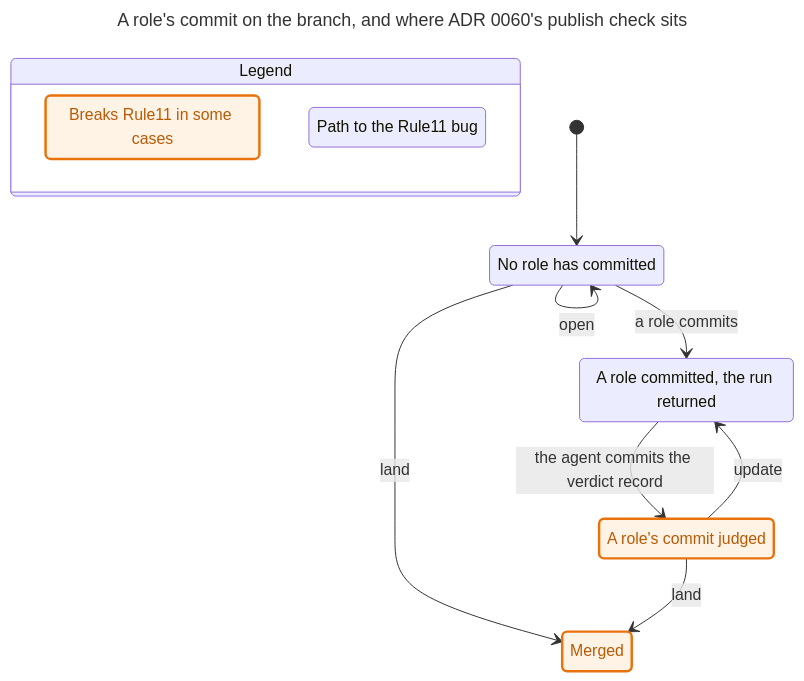
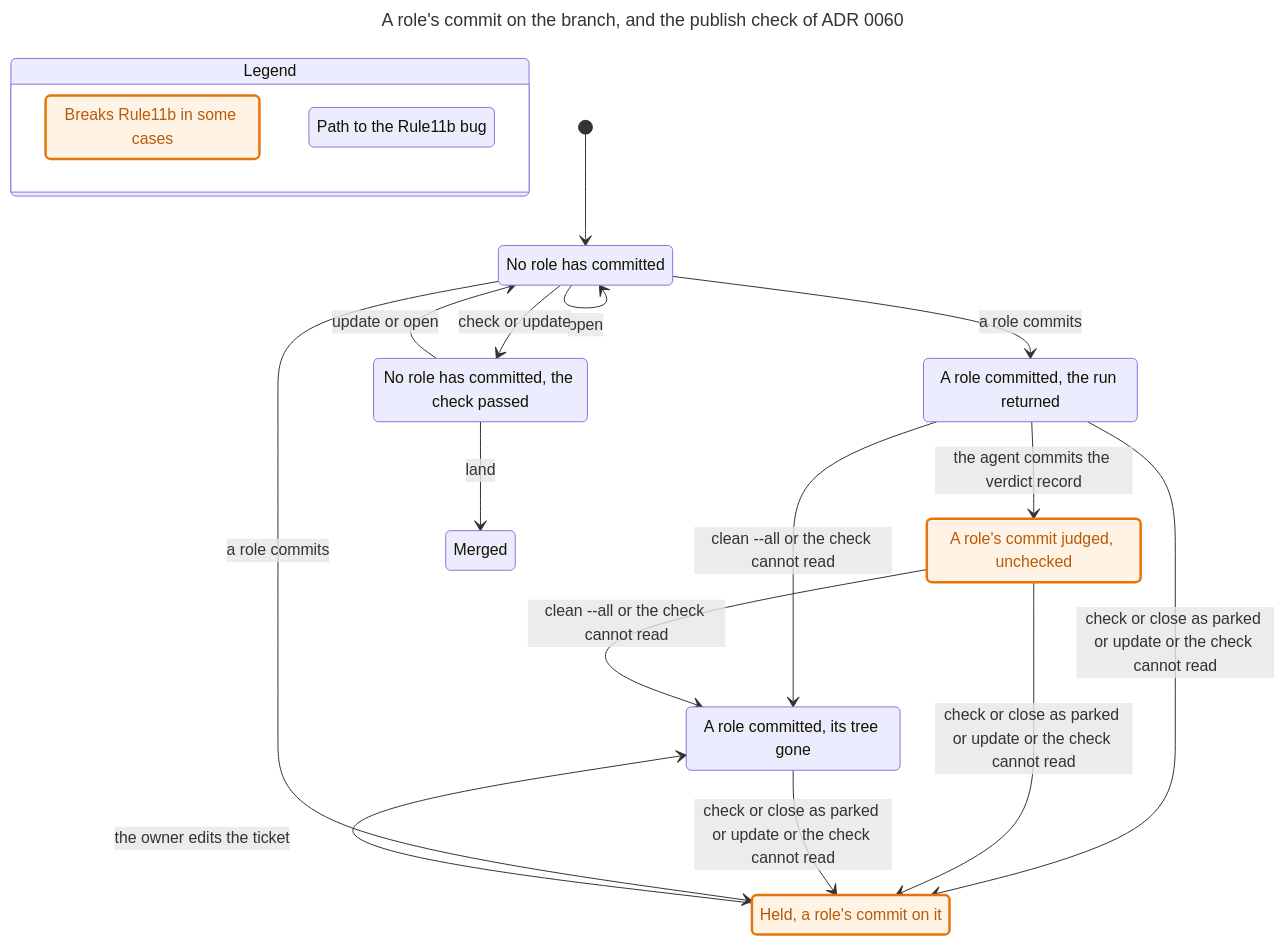
The second of 11 diagrams in docs/model/drain.md (Simon-GitHub-Code/ratchet), drawn with Mermaid before and after one commit. The commit also changed other lines of this file and 2 other files, not shown here.

First line of the commit message:
docs(model): the drain page draws the publish check and rules 11a and 11b

````diff
--- a/docs/model/drain.md
+++ b/docs/model/drain.md
@@ -275,29 +286,39 @@
 ```mermaid
 ---
-title: "A role's commit on the branch, and where ADR 0060's publish check sits"
+title: "A role's commit on the branch, and the publish check of ADR 0060"
 ---
 stateDiagram-v2
   state "Legend" as legend {
-    lg0: Breaks Rule11 in some cases
-    lg1: Path to the Rule11 bug
+    lg0: Breaks Rule11b in some cases
+    lg1: Path to the Rule11b bug
   }
   class lg0 mayBreak
   class lg1 bugPath
   s0: No role has committed
-  s1: A role committed, the run returned
-  s2: A role's commit judged
-  s3: Merged
+  s1: No role has committed, the check passed
+  s2: A role committed, the run returned
+  s3: A role's commit judged, unchecked
+  s4: A role committed, its tree gone
+  s5: Held, a role's commit on it
+  s6: Merged
   [*] --> s0
   s0 --> s0: open
-  s0 --> s1: a role commits
-  s1 --> s2: the agent commits the verdict record
-  s0 --> s3: land
-  s2 --> s3: land
-  s2 --> s1: update
+  s0 --> s1: check or update
+  s0 --> s2: a role commits
+  s2 --> s3: the agent commits the verdict record
+  s2 --> s4: clean --all or the check cannot read
+  s2 --> s5: check or close as parked or update or the check cannot read
+  s1 --> s0: update or open
+  s3 --> s4: clean --all or the check cannot read
+  s3 --> s5: check or close as parked or update or the check cannot read
+  s4 --> s5: check or close as parked or update or the check cannot read
+  s5 --> s4: the owner edits the ticket
+  s1 --> s6: land
+  s0 --> s5: a role commits
   classDef mayBreak fill:#fff3e6,stroke:#e8730c,stroke-width:2.5px,color:#b85a06
   class s0 bugPath
-  class s1 bugPath
-  class s2 mayBreak
   class s2 bugPath
   class s3 mayBreak
+  class s3 bugPath
+  class s5 mayBreak
 ```
````
